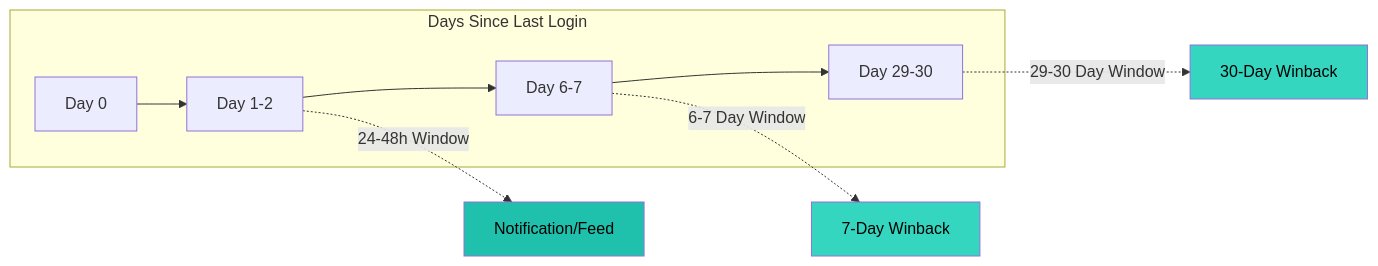
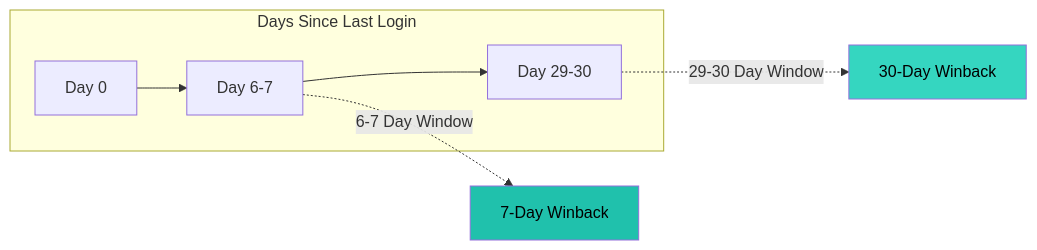
Before and after one commit to Codewrinkles/universe: the second of 3 diagrams in docs/features/email/diagrams/time-windows.md, drawn with Mermaid. The commit also changed other lines of this file and 15 other files, not shown here.

````diff
--- a/docs/features/email/diagrams/time-windows.md
+++ b/docs/features/email/diagrams/time-windows.md
@@ -23,21 +20,17 @@
 ```mermaid
 flowchart LR
     subgraph Timeline["Days Since Last Login"]
         D0[Day 0]
-        D1[Day 1-2]
         D6[Day 6-7]
         D29[Day 29-30]
     end
 
-    D0 --> D1
-    D1 --> D6
+    D0 --> D6
     D6 --> D29
 
-    D1 -.->|"24-48h Window"| E1[Notification/Feed]
-    D6 -.->|"6-7 Day Window"| E2[7-Day Winback]
-    D29 -.->|"29-30 Day Window"| E3[30-Day Winback]
+    D6 -.->|"6-7 Day Window"| E1[7-Day Winback]
+    D29 -.->|"29-30 Day Window"| E2[30-Day Winback]
 
     style E1 fill:#20C1AC,color:#000
     style E2 fill:#35D6C0,color:#000
-    style E3 fill:#35D6C0,color:#000
 ```
````
